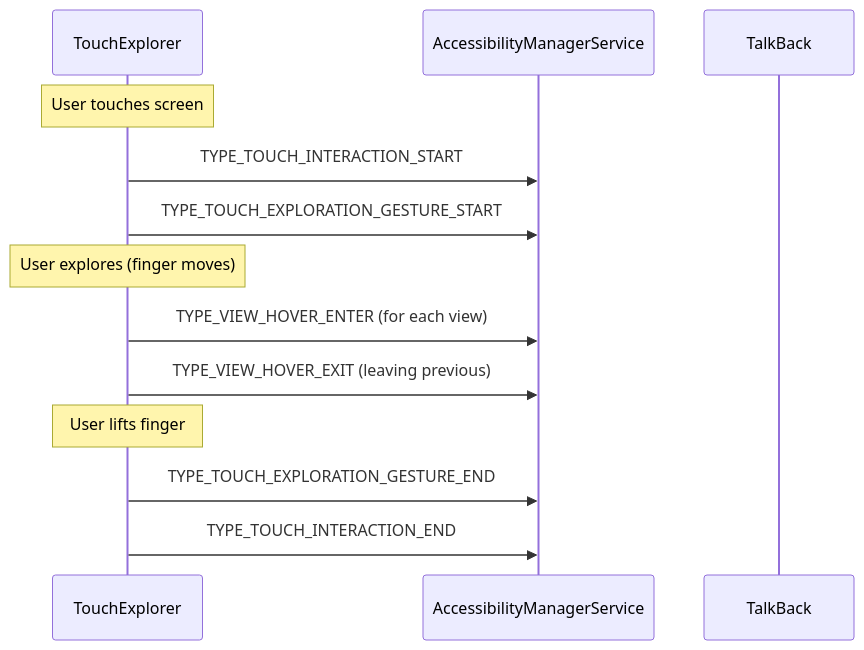
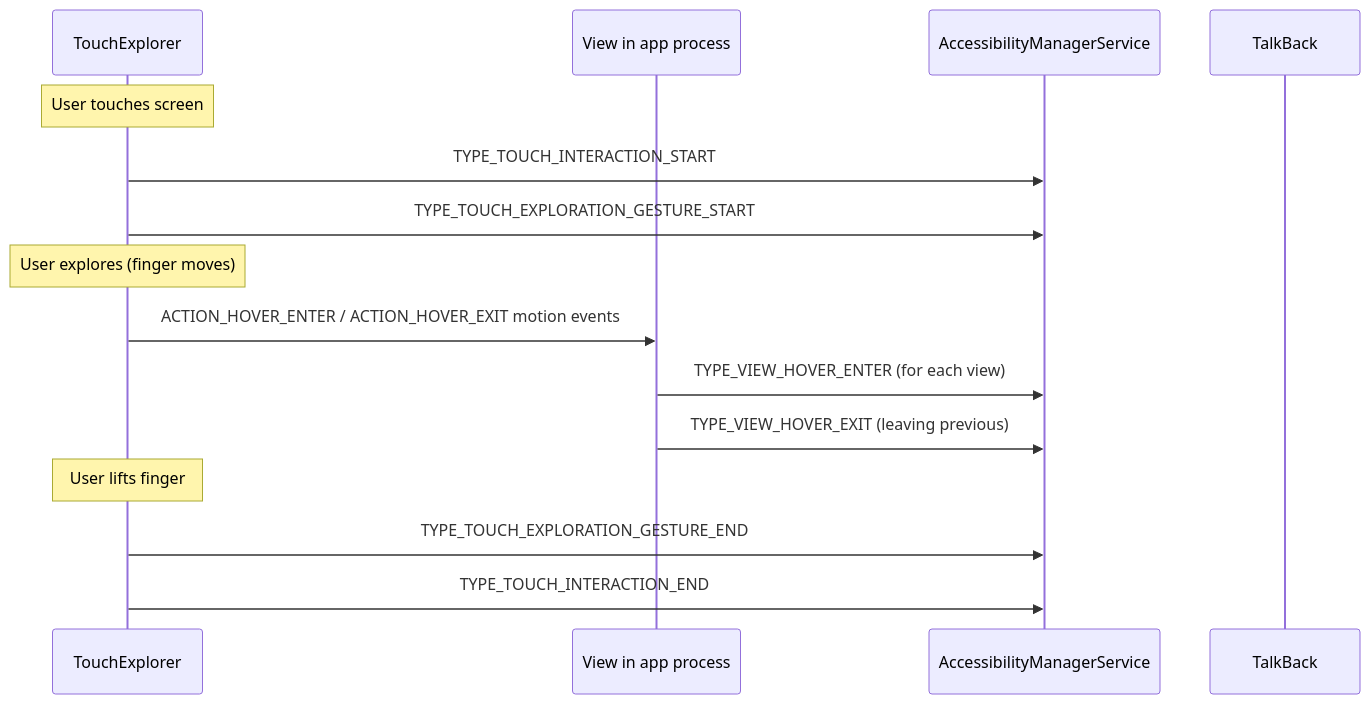
Diagram 18 of 23 in agents/claude/skills/aosp-ui-framework/46-accessibility.md (aospbooks/aosp-internal-book), drawn with Mermaid before and after one commit. The commit also changed other lines of this file and 218 other files, not shown here.

````diff
--- a/agents/claude/skills/aosp-ui-framework/46-accessibility.md
+++ b/agents/claude/skills/aosp-ui-framework/46-accessibility.md
@@ -2648,16 +2679,18 @@
 ```mermaid
 sequenceDiagram
     participant TE as TouchExplorer
+    participant View as View in app process
     participant AMS as AccessibilityManagerService
     participant TB as TalkBack
 
     Note over TE: User touches screen
     TE->>AMS: TYPE_TOUCH_INTERACTION_START
     TE->>AMS: TYPE_TOUCH_EXPLORATION_GESTURE_START
     Note over TE: User explores (finger moves)
-    TE->>AMS: TYPE_VIEW_HOVER_ENTER (for each view)
-    TE->>AMS: TYPE_VIEW_HOVER_EXIT (leaving previous)
+    TE->>View: ACTION_HOVER_ENTER / ACTION_HOVER_EXIT motion events
+    View->>AMS: TYPE_VIEW_HOVER_ENTER (for each view)
+    View->>AMS: TYPE_VIEW_HOVER_EXIT (leaving previous)
     Note over TE: User lifts finger
     TE->>AMS: TYPE_TOUCH_EXPLORATION_GESTURE_END
     TE->>AMS: TYPE_TOUCH_INTERACTION_END
 ```
````
